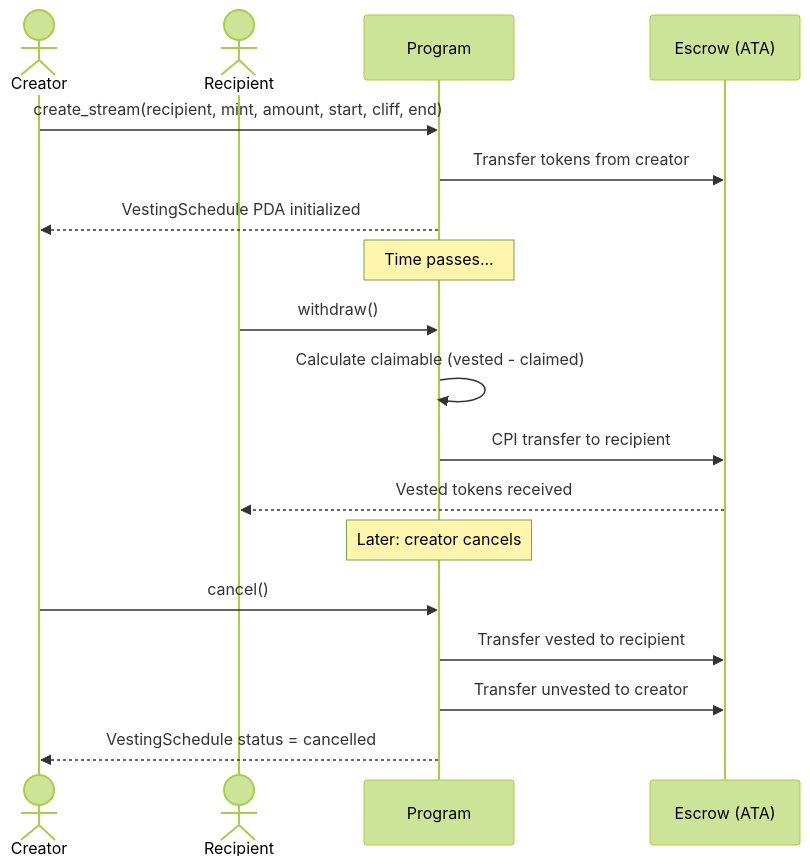
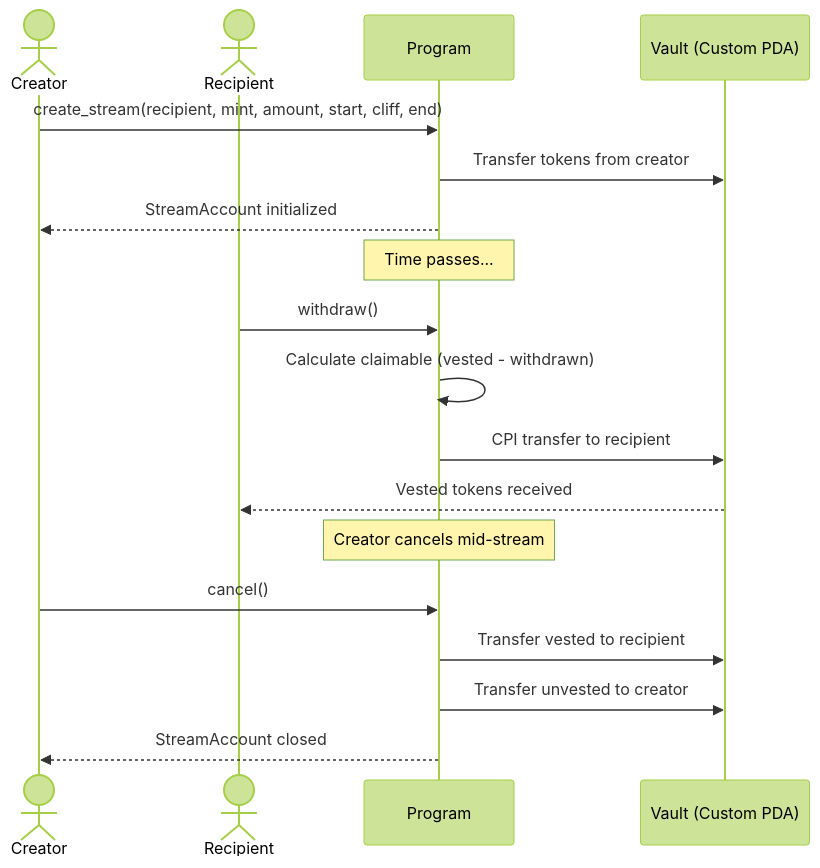
One commit to simplyvest/simplyvest changed the second of 3 diagrams in docs/ARCHITECTURE.md. Above: the diagram before and after it, drawn with Mermaid (forest theme). The commit also changed other lines of this file and 3 other files, not shown here.

First line of the commit message:
docs: reassess on-chain architecture and document revised PDA model

````diff
--- a/docs/ARCHITECTURE.md
+++ b/docs/ARCHITECTURE.md
@@ -177,25 +244,25 @@
 ```mermaid
 sequenceDiagram
     actor Creator
     actor Recipient
     participant Program
-    participant Escrow as Escrow (ATA)
+    participant Vault as Vault (Custom PDA)
 
     Creator->>Program: create_stream(recipient, mint, amount, start, cliff, end)
-    Program->>Escrow: Transfer tokens from creator
-    Program-->>Creator: VestingSchedule PDA initialized
+    Program->>Vault: Transfer tokens from creator
+    Program-->>Creator: StreamAccount initialized
 
     Note over Program: Time passes...
 
     Recipient->>Program: withdraw()
-    Program->>Program: Calculate claimable (vested - claimed)
-    Program->>Escrow: CPI transfer to recipient
-    Escrow-->>Recipient: Vested tokens received
+    Program->>Program: Calculate claimable (vested - withdrawn)
+    Program->>Vault: CPI transfer to recipient
+    Vault-->>Recipient: Vested tokens received
 
-    Note over Program: Later: creator cancels
+    Note over Program: Creator cancels mid-stream
 
     Creator->>Program: cancel()
-    Program->>Escrow: Transfer vested to recipient
-    Program->>Escrow: Transfer unvested to creator
-    Program-->>Creator: VestingSchedule status = cancelled
+    Program->>Vault: Transfer vested to recipient
+    Program->>Vault: Transfer unvested to creator
+    Program-->>Creator: StreamAccount closed
 ```
````
